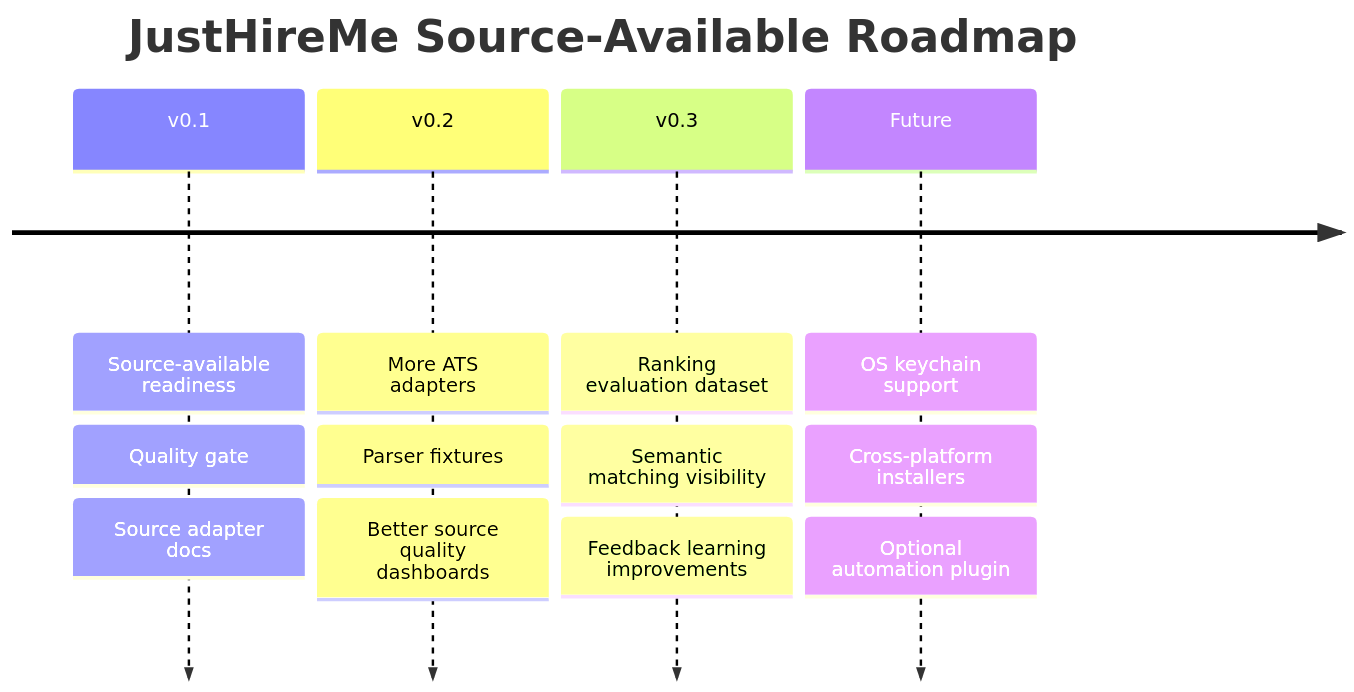
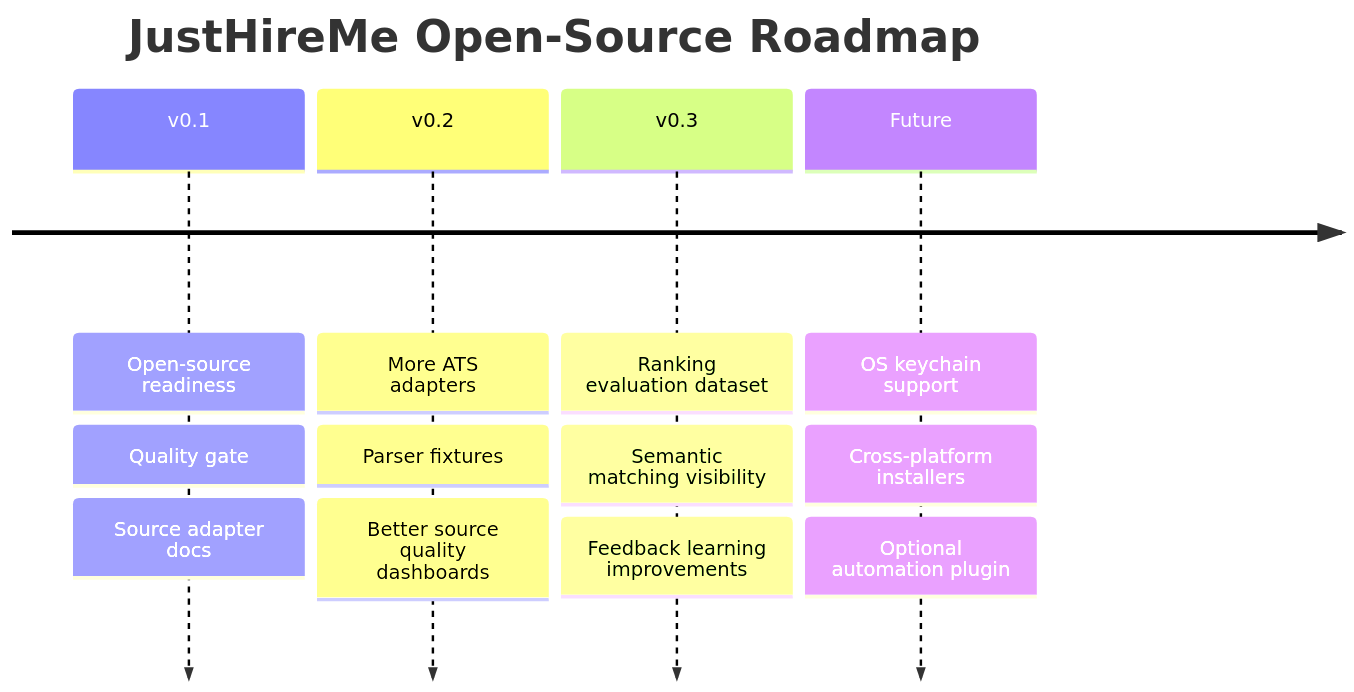
The sixth of 6 diagrams in README.md (ellipszist/justhireme), drawn with Mermaid before and after one commit. The commit also changed other lines of this file and 14 other files, not shown here.

````diff
--- a/README.md
+++ b/README.md
@@ -572,16 +572,16 @@
 ```mermaid
 timeline
-    title JustHireMe Source-Available Roadmap
-    v0.1 : Source-available readiness
+    title JustHireMe Open-Source Roadmap
+    v0.1 : Open-source readiness
          : Quality gate
          : Source adapter docs
     v0.2 : More ATS adapters
          : Parser fixtures
          : Better source quality dashboards
     v0.3 : Ranking evaluation dataset
          : Semantic matching visibility
          : Feedback learning improvements
     Future : OS keychain support
            : Cross-platform installers
            : Optional automation plugin
 ```
````
